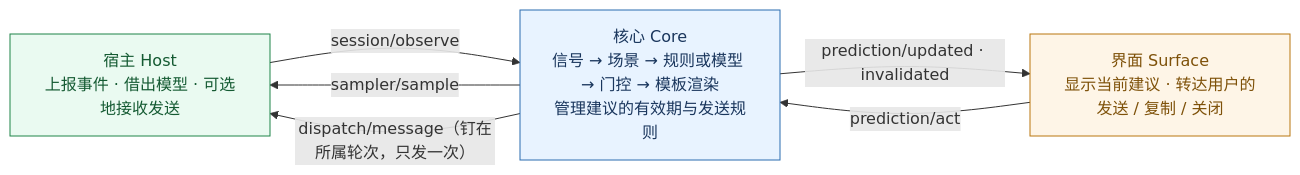
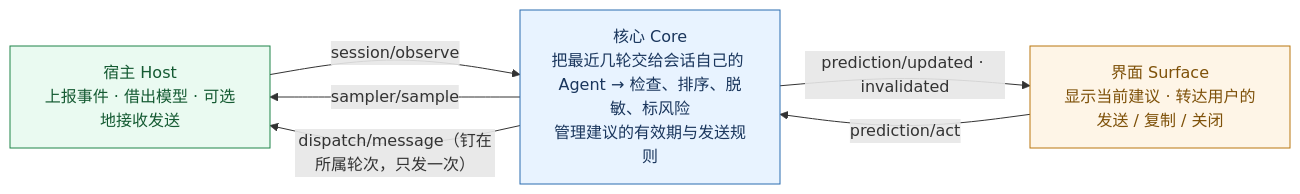
One commit to susyimes/intent-predict changed the diagram in README.md. Above: the diagram before and after it, drawn with Mermaid. The commit also changed other lines of this file and 36 other files, not shown here.

````diff
--- a/README.md
+++ b/README.md
@@ -42,16 +42,16 @@
 ```mermaid
 flowchart LR
   classDef host fill:#eafaf1,stroke:#1e8449,color:#145a32
   classDef core fill:#e8f3ff,stroke:#2b6cb0,color:#1a365d
   classDef surf fill:#fef5e7,stroke:#b9770e,color:#7e5109
 
   H["宿主 Host<br/>上报事件 · 借出模型 · 可选地接收发送"]:::host
-  C["核心 Core<br/>信号 → 场景 → 规则或模型 → 门控 → 模板渲染<br/>管理建议的有效期与发送规则"]:::core
+  C["核心 Core<br/>把最近几轮交给会话自己的 Agent → 检查、排序、脱敏、标风险<br/>管理建议的有效期与发送规则"]:::core
   S["界面 Surface<br/>显示当前建议 · 转达用户的发送 / 复制 / 关闭"]:::surf
 
   H -->|"session/observe"| C
   C -->|"sampler/sample"| H
   C -->|"prediction/updated · invalidated"| S
   S -->|"prediction/act"| C
   C -->|"dispatch/message（钉在所属轮次，只发一次）"| H
 ```
````
